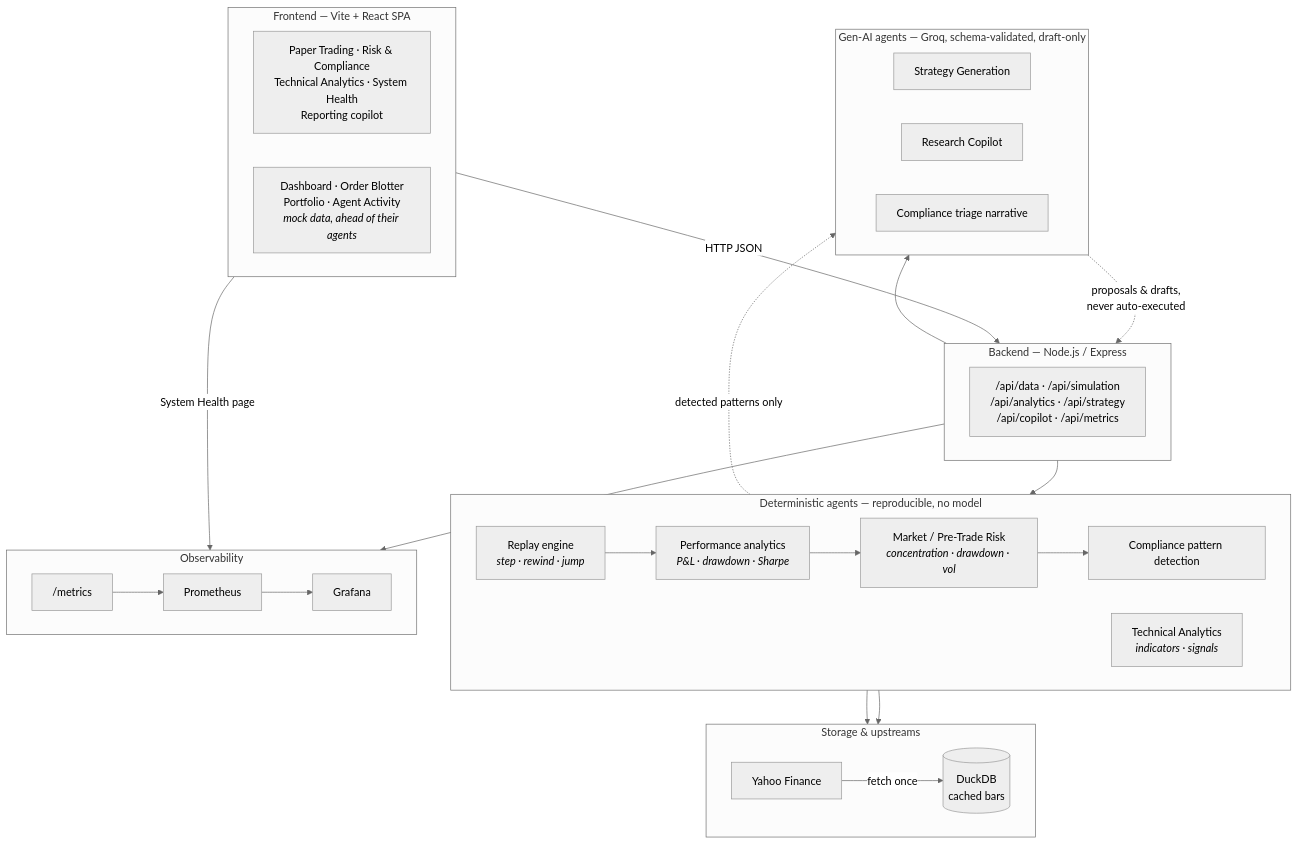
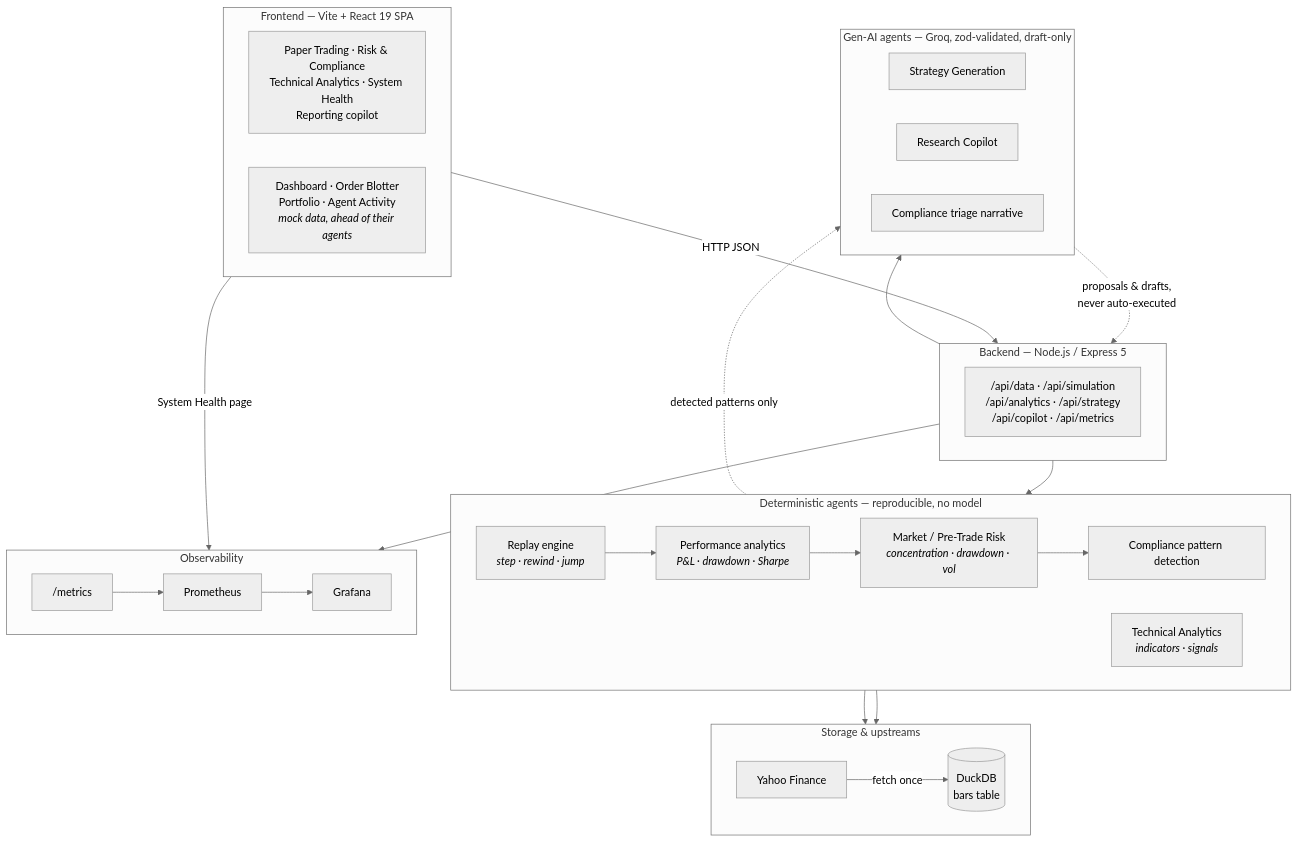
The diagram in README.md (thompgt/trading-platform-stp), drawn with Mermaid (neutral theme) before and after one commit. The commit also changed other lines of this file, not shown here.

````diff
--- a/README.md
+++ b/README.md
@@ -22,58 +107,58 @@
 ```mermaid
 flowchart TB
-    subgraph UI["Frontend — Vite + React SPA"]
+    subgraph UI["Frontend — Vite + React 19 SPA"]
         direction LR
         LivePages["Paper Trading · Risk &amp; Compliance<br/>Technical Analytics · System Health<br/>Reporting copilot"]
         MockPages["Dashboard · Order Blotter<br/>Portfolio · Agent Activity<br/><i>mock data, ahead of their agents</i>"]
     end
 
-    subgraph API["Backend — Node.js / Express"]
+    subgraph API["Backend — Node.js / Express 5"]
         direction LR
         Routes["/api/data · /api/simulation<br/>/api/analytics · /api/strategy<br/>/api/copilot · /api/metrics"]
     end
 
     subgraph Rules["Deterministic agents — reproducible, no model"]
         direction LR
         Replay["Replay engine<br/><i>step · rewind · jump</i>"]
         Perf["Performance analytics<br/><i>P&amp;L · drawdown · Sharpe</i>"]
         TA["Technical Analytics<br/><i>indicators · signals</i>"]
         Risk["Market / Pre-Trade Risk<br/><i>concentration · drawdown · vol</i>"]
         Patterns["Compliance pattern detection"]
     end
 
-    subgraph GenAI["Gen-AI agents — Groq, schema-validated, draft-only"]
+    subgraph GenAI["Gen-AI agents — Groq, zod-validated, draft-only"]
         direction LR
         Strategy["Strategy Generation"]
         Copilot["Research Copilot"]
         Triage["Compliance triage narrative"]
     end
 
     subgraph Data["Storage &amp; upstreams"]
         direction LR
-        Duck[("DuckDB<br/>cached bars")]
+        Duck[("DuckDB<br/>bars table")]
         Yahoo["Yahoo Finance"]
     end
 
     subgraph Obs["Observability"]
         direction LR
         Metrics["/metrics"]
         Prom["Prometheus"]
         Graf["Grafana"]
     end
 
     LivePages -->|HTTP JSON| Routes
     Routes --> Rules
     Routes --> GenAI
     Replay --> Perf
     Perf --> Risk
     Risk --> Patterns
     Patterns -.->|detected patterns only| Triage
     Rules --> Duck
     TA --> Duck
     Yahoo -->|fetch once| Duck
     GenAI -.->|proposals &amp; drafts,<br/>never auto-executed| Routes
     Routes --> Metrics
     Metrics --> Prom
     Prom --> Graf
     LivePages -->|System Health page| Metrics
 ```
````
